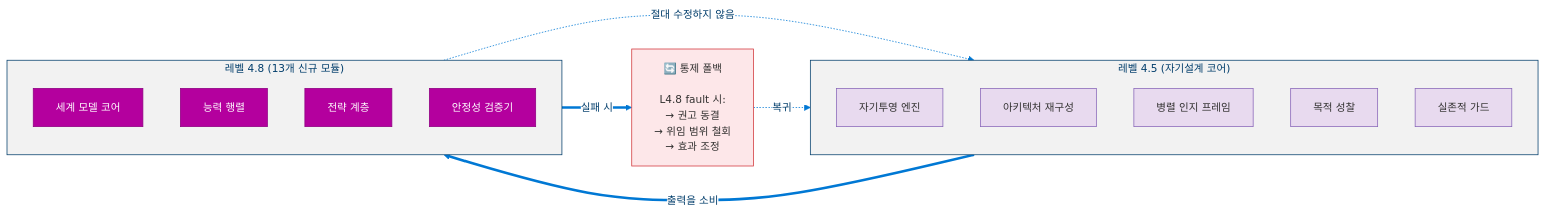
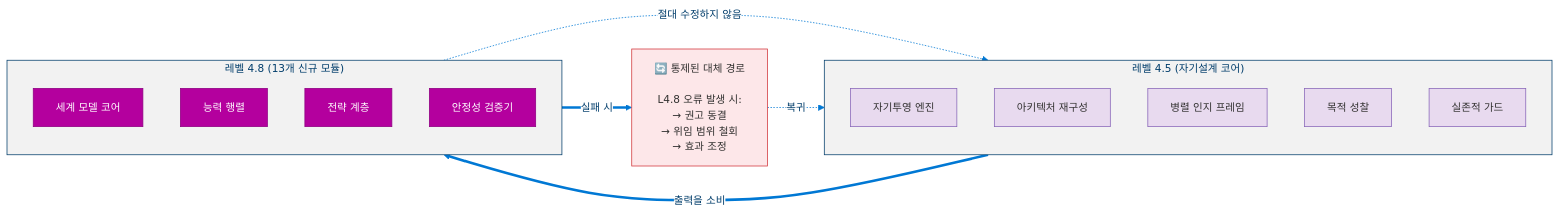
One commit to dotnetpower/mscp changed the second of 17 diagrams in docs/levels/Level_4_8_Strategic_Self_Modeling.ko.md. Above: the diagram before and after it, drawn with Mermaid. The commit also changed other lines of this file and 33 other files, not shown here.

````diff
--- a/docs/levels/Level_4_8_Strategic_Self_Modeling.ko.md
+++ b/docs/levels/Level_4_8_Strategic_Self_Modeling.ko.md
@@ -126,29 +132,29 @@
 ```mermaid
 %%{init: {'theme': 'base', 'themeVariables': {'primaryColor': '#0078D4', 'primaryTextColor': '#003D6B', 'primaryBorderColor': '#003D6B', 'secondaryColor': '#50E6FF', 'secondaryTextColor': '#323130', 'secondaryBorderColor': '#00BCF2', 'tertiaryColor': '#F2F2F2', 'tertiaryTextColor': '#323130', 'lineColor': '#0078D4', 'textColor': '#323130', 'mainBkg': '#DEECF9', 'nodeBorder': '#0078D4', 'clusterBkg': '#F2F2F2', 'clusterBorder': '#003D6B', 'titleColor': '#003D6B', 'edgeLabelBackground': '#FFFFFF', 'fontSize': '14px'}}}%%
 flowchart LR
   classDef l45 fill:#E8DAEF,stroke:#8764B8,color:#323130
   classDef l48 fill:#B4009E,stroke:#8E0082,color:#FFF
   classDef fallback fill:#FDE7E9,stroke:#D13438,color:#323130
 
   subgraph L45["레벨 4.5 (자기설계 코어)"]
     L45A["자기투영 엔진"]:::l45
     L45B["아키텍처 재구성"]:::l45
     L45C["병렬 인지 프레임"]:::l45
     L45D["목적 성찰"]:::l45
     L45E["실존적 가드"]:::l45
   end
 
   subgraph L48["레벨 4.8 (13개 신규 모듈)"]
     L48A["세계 모델 코어"]:::l48
     L48B["능력 행렬"]:::l48
     L48C["전략 계층"]:::l48
     L48D["안정성 검증기"]:::l48
   end
 
-  FALLBACK["🔄 통제 폴백<br/><br/>L4.8 fault 시:<br/>→ 권고 동결<br/>→ 위임 범위 철회<br/>→ 효과 조정"]:::fallback
+  FALLBACK["🔄 통제된 대체 경로<br/><br/>L4.8 오류 발생 시:<br/>→ 권고 동결<br/>→ 위임 범위 철회<br/>→ 효과 조정"]:::fallback
 
   L45 ==>|"출력을 소비"| L48
   L48 -.->|"절대 수정하지 않음"| L45
   L48 ==>|"실패 시"| FALLBACK
   FALLBACK -.->|"복귀"| L45
 ```
````
